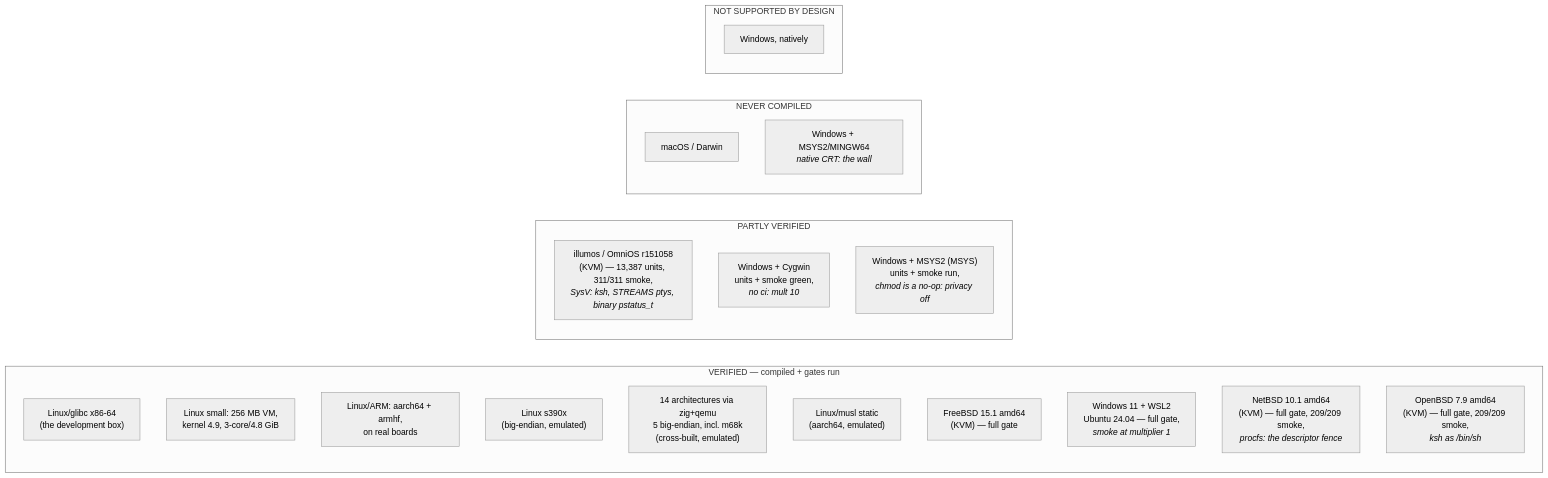
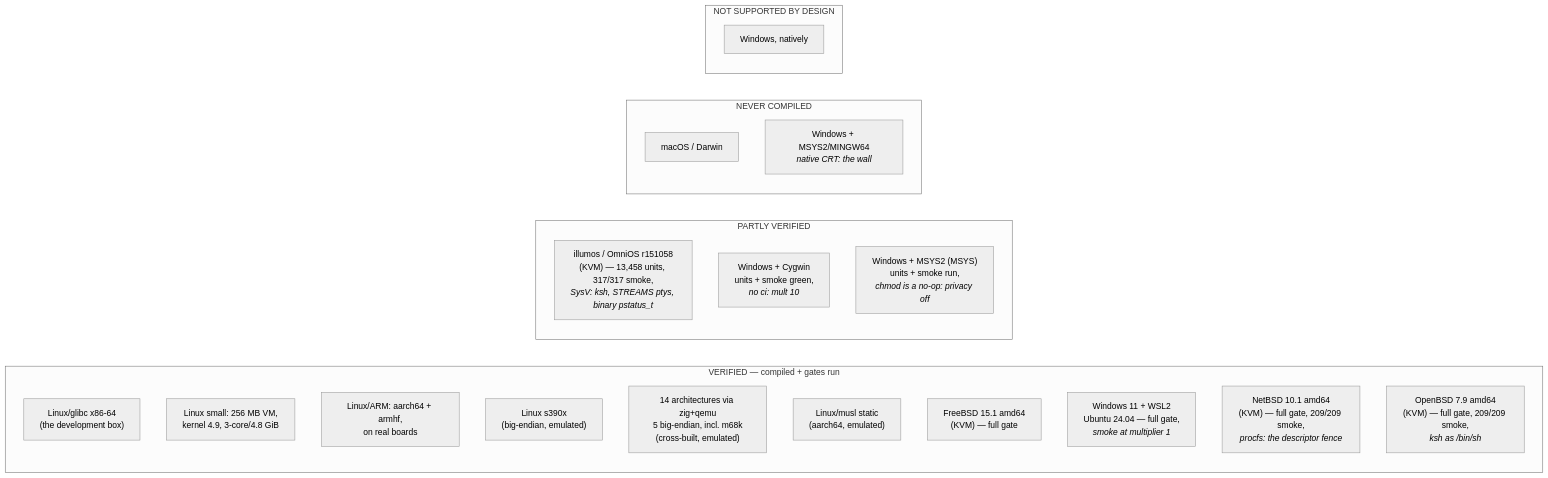
The diagram in docs/PLATFORMS.md (alexanderlarsdallmann/jichi), drawn with Mermaid (neutral theme) before and after one commit. The commit also changed other lines of this file and 126 other files, not shown here.

````diff
--- a/docs/PLATFORMS.md
+++ b/docs/PLATFORMS.md
@@ -63,27 +63,27 @@
 ```mermaid
 flowchart LR
     subgraph V["VERIFIED — compiled + gates run"]
         L["Linux/glibc x86-64<br/>(the development box)"]
         S["Linux small: 256 MB VM,<br/>kernel 4.9, 3-core/4.8 GiB"]
         A["Linux/ARM: aarch64 + armhf,<br/>on real boards"]
         B["Linux s390x<br/>(big-endian, emulated)"]
         X14["14 architectures via zig+qemu<br/>5 big-endian, incl. m68k<br/>(cross-built, emulated)"]
         M["Linux/musl static<br/>(aarch64, emulated)"]
         FB["FreeBSD 15.1 amd64<br/>(KVM) — full gate"]
         WSL["Windows 11 + WSL2<br/>Ubuntu 24.04 — full gate,<br/><i>smoke at multiplier 1</i>"]
         NB["NetBSD 10.1 amd64<br/>(KVM) — full gate, 209/209 smoke,<br/><i>procfs: the descriptor fence</i>"]
         O["OpenBSD 7.9 amd64<br/>(KVM) — full gate, 209/209 smoke,<br/><i>ksh as /bin/sh</i>"]
     end
     subgraph P["PARTLY VERIFIED"]
-        ILL["illumos / OmniOS r151058<br/>(KVM) — 13,387 units, 311/311 smoke,<br/><i>SysV: ksh, STREAMS ptys, binary pstatus_t</i>"]
+        ILL["illumos / OmniOS r151058<br/>(KVM) — 13,458 units, 317/317 smoke,<br/><i>SysV: ksh, STREAMS ptys, binary pstatus_t</i>"]
         CYG["Windows + Cygwin<br/>units + smoke green,<br/><i>no ci: mult 10</i>"]
         MSY2["Windows + MSYS2 (MSYS)<br/>units + smoke run,<br/><i>chmod is a no-op: privacy off</i>"]
     end
     subgraph U["NEVER COMPILED"]
         MAC["macOS / Darwin"]
         MGW["Windows + MSYS2/MINGW64<br/><i>native CRT: the wall</i>"]
     end
     subgraph N["NOT SUPPORTED BY DESIGN"]
         WIN["Windows, natively"]
     end
 ```
````
